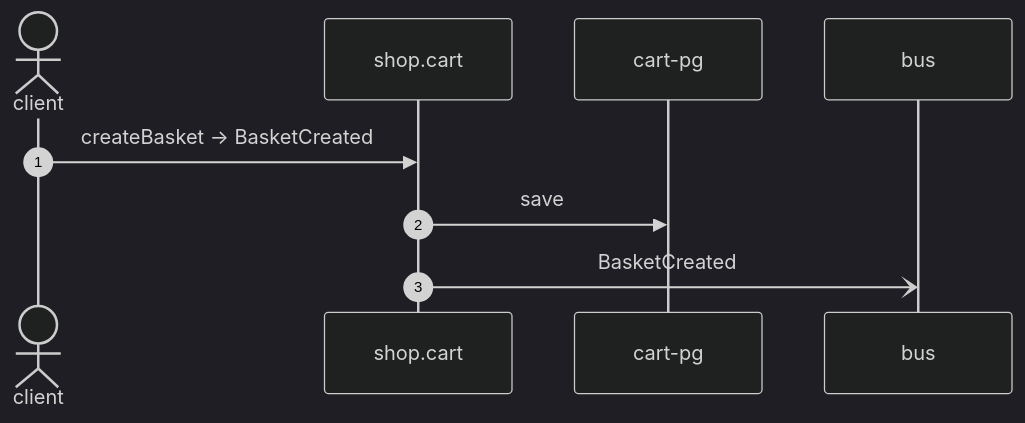
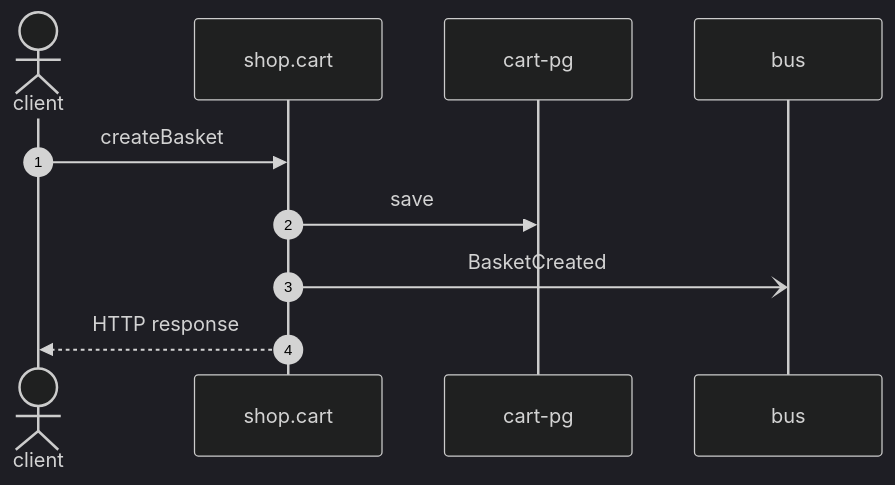
One commit to shortlink-org/portolan changed the diagram in docs/example/flows/cart-create-basket.md. Above: the diagram before and after it, drawn with Mermaid (dark theme). The commit also changed other lines of this file and 191 other files, not shown here.

````diff
--- a/docs/example/flows/cart-create-basket.md
+++ b/docs/example/flows/cart-create-basket.md
@@ -20,11 +24,12 @@
 ```mermaid
 sequenceDiagram
     autonumber
     actor p0 as client
     participant p1 as shop.cart
     participant p2 as cart-pg
     participant p3 as bus
-    p0->>p1: createBasket → BasketCreated
+    p0->>p1: createBasket
     p1->>p2: save
     p1-)p3: BasketCreated
+    p1-->>p0: HTTP response
 ```
````
